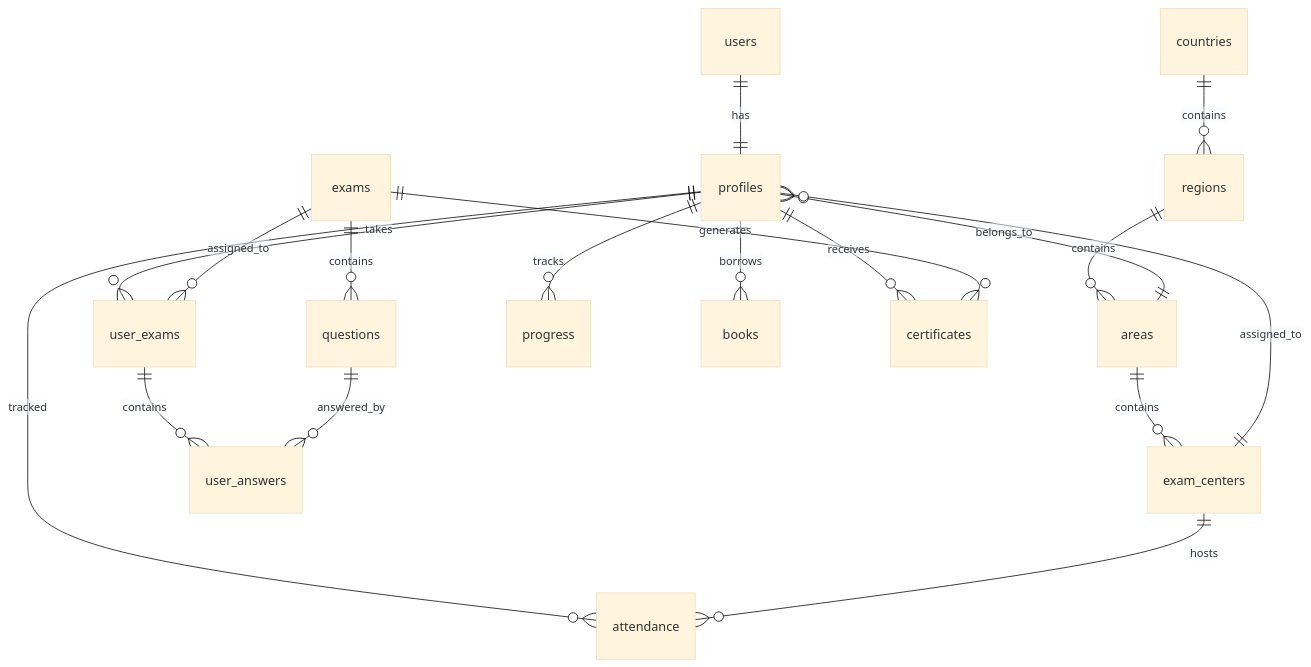
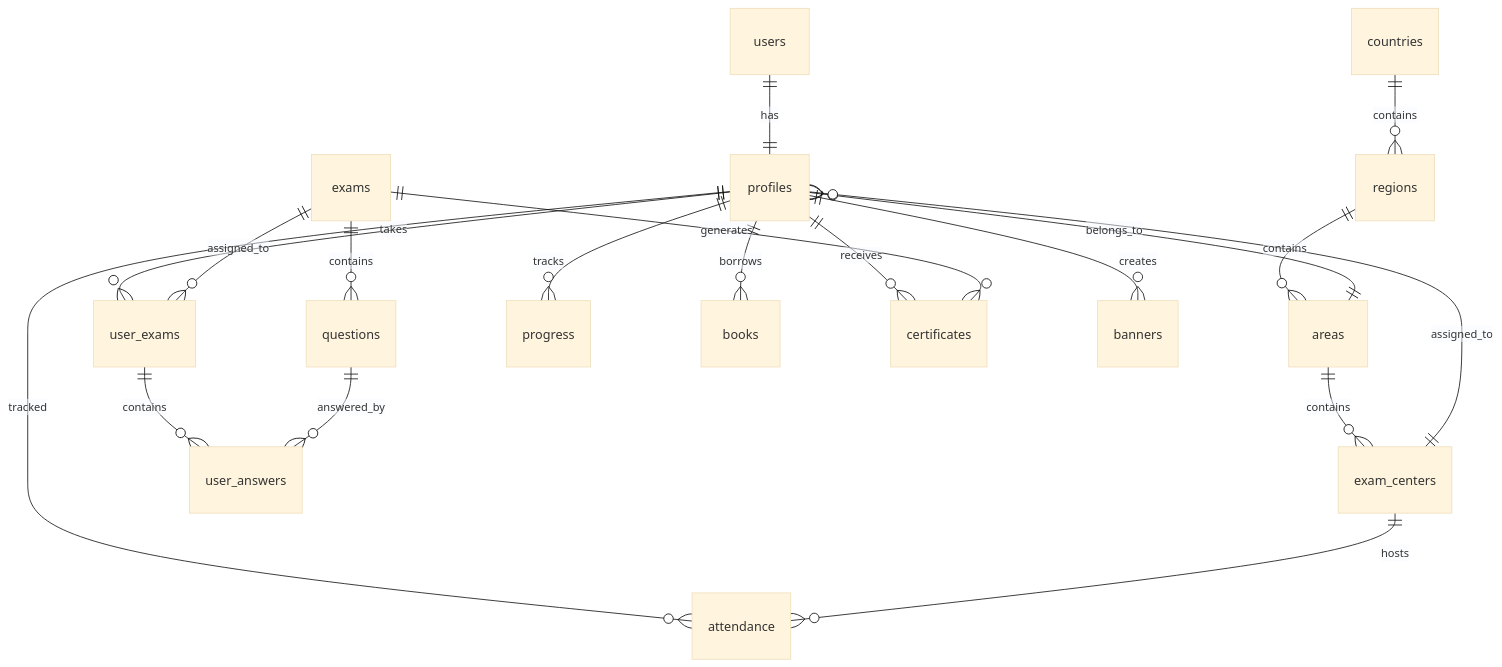
One commit to eejazishaq/qhlc changed the diagram in docs/CONTEXT.md. Above: the diagram before and after it, drawn with Mermaid (base theme). The commit also changed other lines of this file and 31 other files, not shown here.

````diff
--- a/docs/CONTEXT.md
+++ b/docs/CONTEXT.md
@@ -418,20 +434,21 @@
 ```mermaid
 erDiagram
     users ||--|| profiles : has
     countries ||--o{ regions : contains
     regions ||--o{ areas : contains
     areas ||--o{ exam_centers : contains
     profiles }o--|| areas : belongs_to
     profiles }o--|| exam_centers : assigned_to
     exams ||--o{ questions : contains
     profiles ||--o{ user_exams : takes
     exams ||--o{ user_exams : assigned_to
     user_exams ||--o{ user_answers : contains
     questions ||--o{ user_answers : answered_by
     profiles ||--o{ attendance : tracked
     exam_centers ||--o{ attendance : hosts
     profiles ||--o{ progress : tracks
     profiles ||--o{ books : borrows
     profiles ||--o{ certificates : receives
     exams ||--o{ certificates : generates
+    profiles ||--o{ banners : creates
 ```
````
